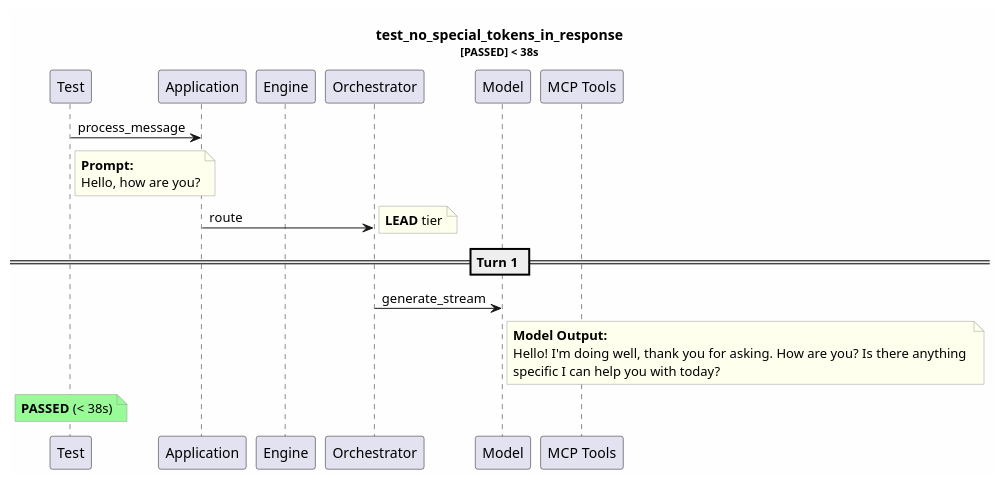
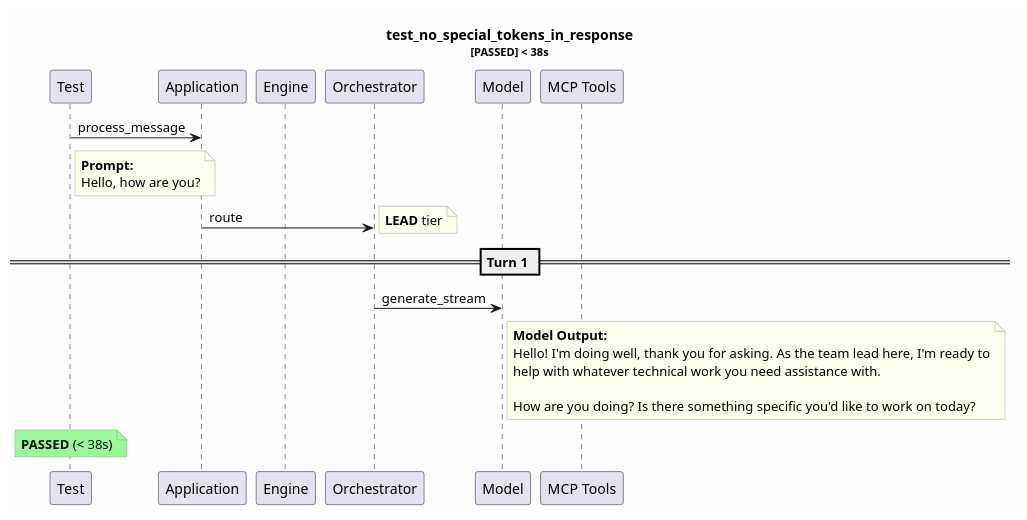
One commit to tvanfossen/entropic changed the diagram in test-reports/logs/test_no_special_tokens_in_response/test_no_special_tokens_in_response.puml. Above: the diagram before and after it, drawn with PlantUML. The commit also changed 11 other files, not shown here.

```diff
--- a/test-reports/logs/test_no_special_tokens_in_response/test_no_special_tokens_in_response.puml
+++ b/test-reports/logs/test_no_special_tokens_in_response/test_no_special_tokens_in_response.puml
@@ -1,32 +1,34 @@
 @startuml
 skinparam backgroundColor #FEFEFE
 skinparam noteBorderColor #999999
 skinparam noteBackgroundColor #FFFFEE
 title test_no_special_tokens_in_response\n<size:11>[PASSED] < 38s</size>
 
 participant "Test" as T
 participant "Application" as App
 participant "Engine" as Eng
 participant "Orchestrator" as Orch
 participant "Model" as Mdl
 participant "MCP Tools" as MCP
 
 T -> App: process_message
 note right of T
   **Prompt:**
   Hello, how are you?
 end note
 App -> Orch: route
 note right: **LEAD** tier
 == Turn 1 ==
 Orch -> Mdl: generate_stream
 note right of Mdl
   **Model Output:**
-  Hello! I'm doing well, thank you for asking. How are you? Is there anything 
-  specific I can help you with today?
+  Hello! I'm doing well, thank you for asking. As the team lead here, I'm ready to
+  help with whatever technical work you need assistance with. 
+  
+  How are you doing? Is there something specific you'd like to work on today?
 end note
 note over T #palegreen
   **PASSED** (< 38s)
 end note
 
 @enduml
```
